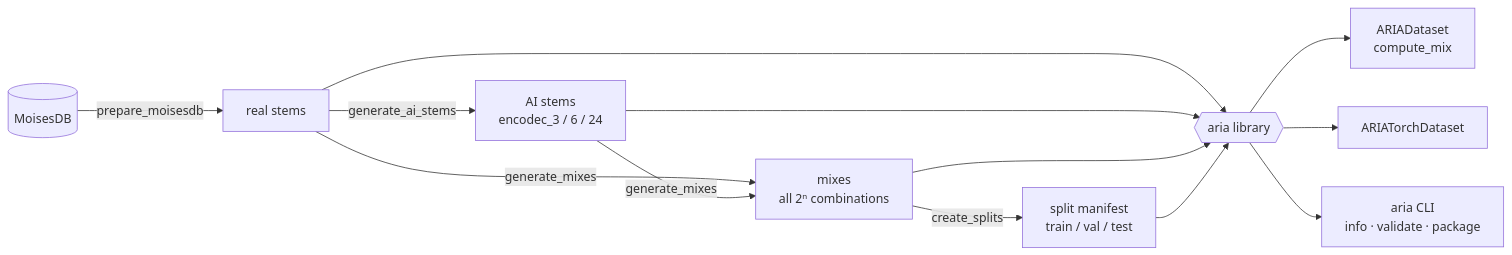
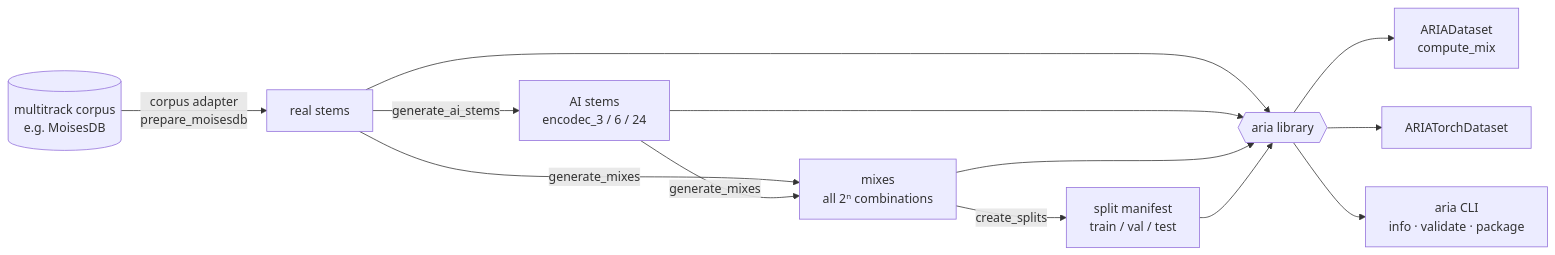
Before and after one commit to fergarciadlc/aria: the diagram in README.md, drawn with Mermaid. The commit also changed other lines of this file and 2 other files, not shown here.

Commit message:
MIT license; corpus-agnostic README (#3)

````diff
--- a/README.md
+++ b/README.md
@@ -7,13 +9,13 @@
 ```mermaid
 flowchart LR
-    M[(MoisesDB)] -->|prepare_moisesdb| R[real stems]
+    M[(multitrack corpus<br/>e.g. MoisesDB)] -->|corpus adapter<br/>prepare_moisesdb| R[real stems]
     R -->|generate_ai_stems| A[AI stems<br/>encodec_3 / 6 / 24]
     R & A -->|generate_mixes| X[mixes<br/>all 2ⁿ combinations]
     X -->|create_splits| S[split manifest<br/>train / val / test]
 
     R & A --> L{{aria library}}
     X & S --> L
     L --> D[ARIADataset<br/>compute_mix]
     L --> T[ARIATorchDataset]
     L --> C[aria CLI<br/>info · validate · package]
 ```
````
